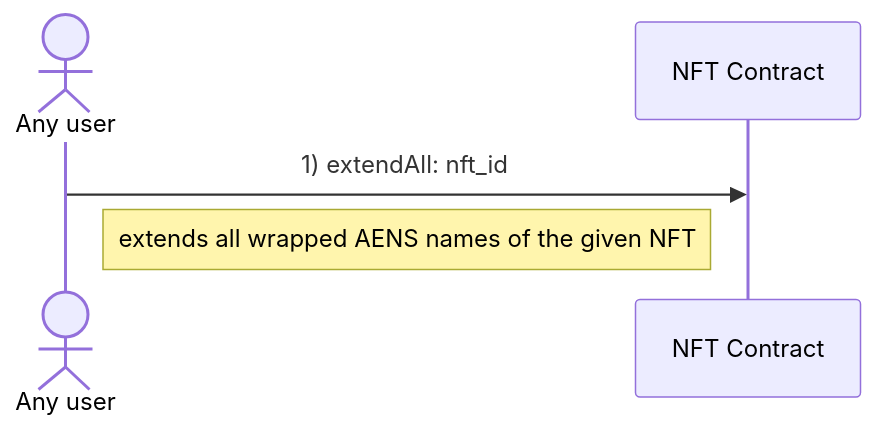
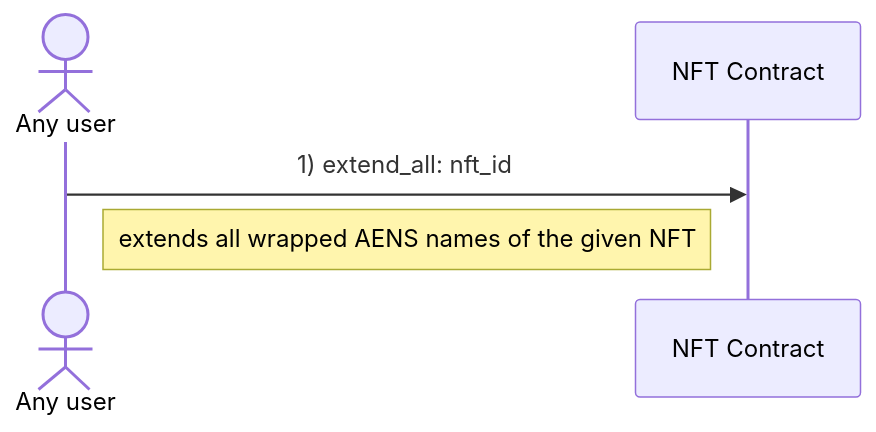
One commit to marc0olo/aens-nfts changed the first of 2 diagrams in docs/diagrams/extend_aens_names.md. Above: the diagram before and after it, drawn with Mermaid. The commit also changed other lines of this file and 17 other files, not shown here.

````diff
--- a/docs/diagrams/extend_aens_names.md
+++ b/docs/diagrams/extend_aens_names.md
@@ -4,6 +4,6 @@
 ```mermaid
 sequenceDiagram
     actor Any user
-    Any user ->> NFT Contract: 1) extendAll: nft_id
+    Any user ->> NFT Contract: 1) extend_all: nft_id
     Note left of NFT Contract: extends all wrapped AENS names of the given NFT
 ```
````
